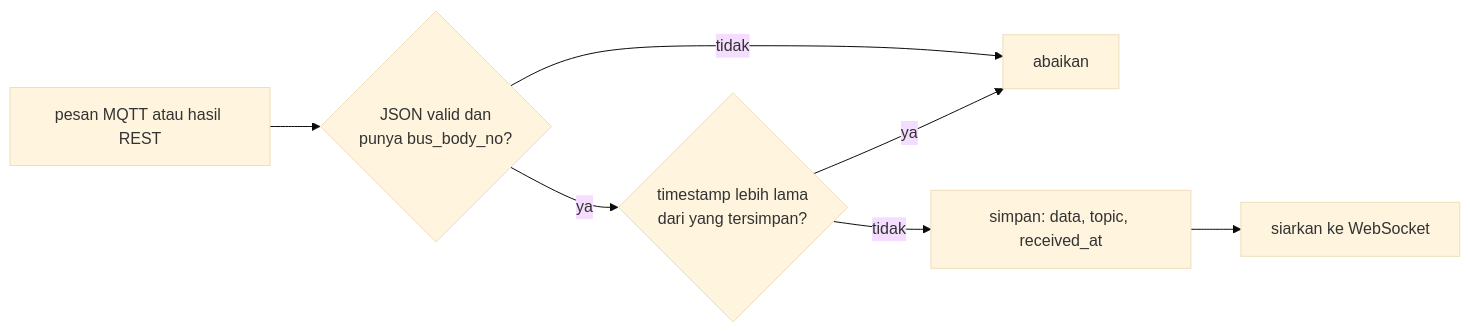
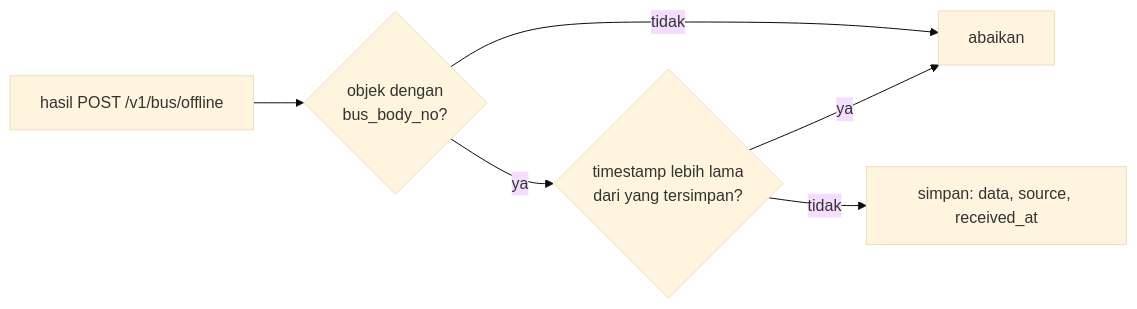
Before and after one commit to animemoeus/tije-api: the fifth of 6 diagrams in docs/backend/05-alur-end-to-end.md, drawn with Mermaid (base theme). The commit also changed other lines of this file and 18 other files, not shown here.

````diff
--- a/docs/backend/05-alur-end-to-end.md
+++ b/docs/backend/05-alur-end-to-end.md
@@ -275,9 +209,8 @@
 ```mermaid
 flowchart LR
-    M[pesan MQTT atau hasil REST] --> V{JSON valid dan<br/>punya bus_body_no?}
+    M[hasil POST /v1/bus/offline] --> V{objek dengan<br/>bus_body_no?}
     V -- tidak --> X[abaikan]
     V -- ya --> O{timestamp lebih lama<br/>dari yang tersimpan?}
     O -- ya --> X
-    O -- tidak --> S[simpan: data, topic, received_at]
-    S --> W[siarkan ke WebSocket]
+    O -- tidak --> S[simpan: data, source, received_at]
 ```
````
